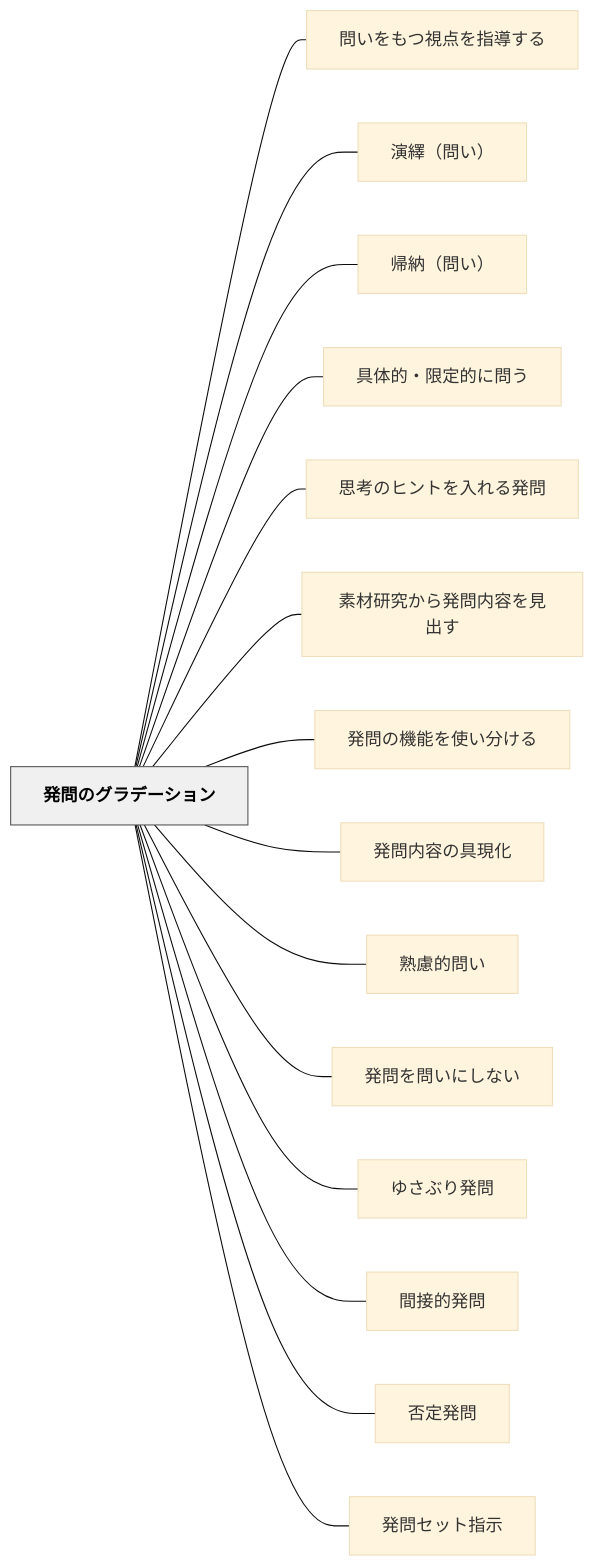
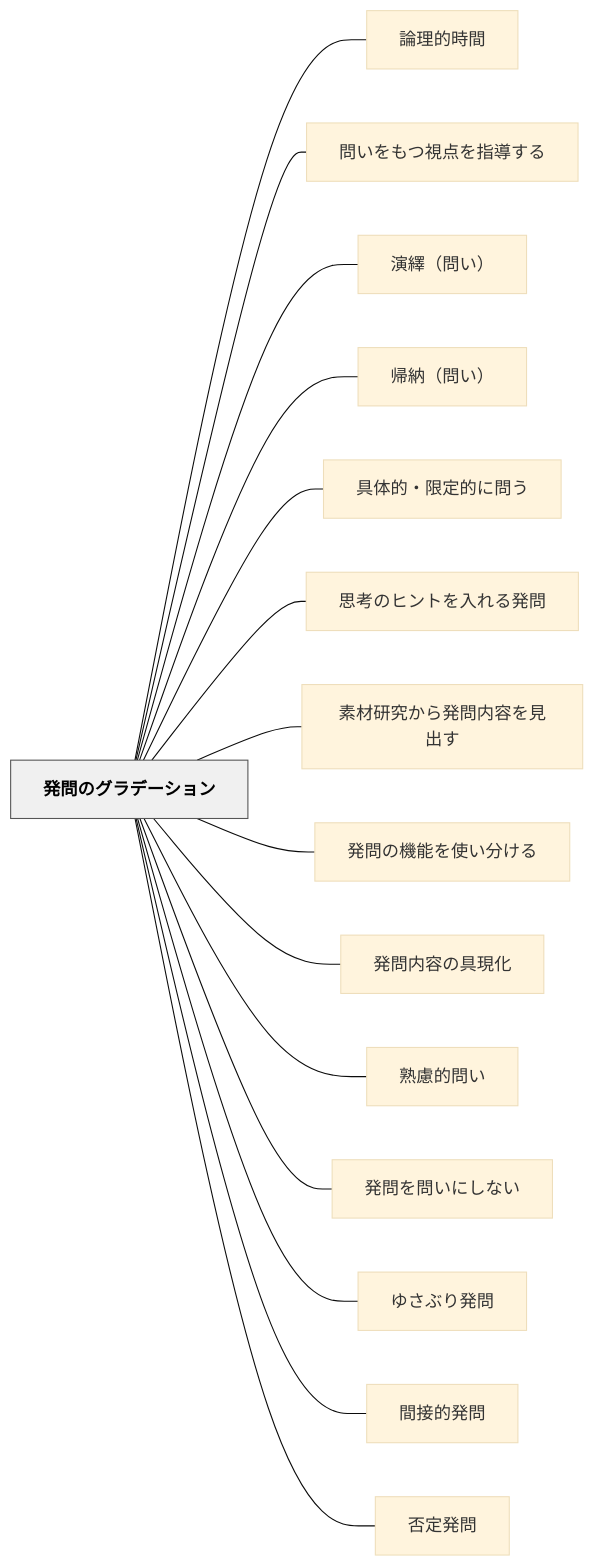
The diagram in content/パタン/発問のグラデーション.md (unknownthings-ed-patterns/unknownthings-ed-patterns), drawn with Mermaid (base theme) before and after one commit. The commit also changed other lines of this file and 185 other files, not shown here.

````diff
--- a/content/パタン/発問のグラデーション.md
+++ b/content/パタン/発問のグラデーション.md
@@ -94,36 +95,36 @@
 ```mermaid
 flowchart LR
     ne799bae5958fe381aee382b0e383a9e38387e383bce382b7e383a7e383b3["発問のグラデーション"]
+    ne8ab96e79086e79a84e69982e99693["論理的時間"]
     ne5958fe38184e38292e38282e381a4e8a696e782b9e38292e68c87e5b08ee38199e3828b["問いをもつ視点を指導する"]
     ne6bc94e7b9b9efbc88e5958fe38184efbc89["演繹（問い）"]
     ne5b8b0e7b48defbc88e5958fe38184efbc89["帰納（問い）"]
     ne585b7e4bd93e79a84e383bbe99990e5ae9ae79a84e381abe5958fe38186["具体的・限定的に問う"]
     ne6809de88083e381aee38392e383b3e38388e38292e585a5e3828ce3828be799bae5958f["思考のヒントを入れる発問"]
     ne7b4a0e69d90e7a094e7a9b6e3818be38289e799bae5958fe58685e5aeb9e38292e8a68be587bae38199["素材研究から発問内容を見出す"]
     ne799bae5958fe381aee6a99fe883bde38292e4bdbfe38184e58886e38191e3828b["発問の機能を使い分ける"]
     ne799bae5958fe58685e5aeb9e381aee585b7e78fbee58c96["発問内容の具現化"]
     ne7869fe685aee79a84e5958fe38184["熟慮的問い"]
     ne799bae5958fe38292e5958fe38184e381abe38197e381aae38184["発問を問いにしない"]
     ne38286e38195e381b6e3828ae799bae5958f["ゆさぶり発問"]
     ne99693e68ea5e79a84e799bae5958f["間接的発問"]
     ne590a6e5ae9ae799bae5958f["否定発問"]
-    ne799bae5958fe382bbe38383e38388e68c87e7a4ba["発問セット指示"]
 
+    ne799bae5958fe381aee382b0e383a9e38387e383bce382b7e383a7e383b3 --- ne8ab96e79086e79a84e69982e99693
     ne799bae5958fe381aee382b0e383a9e38387e383bce382b7e383a7e383b3 --- ne5958fe38184e38292e38282e381a4e8a696e782b9e38292e68c87e5b08ee38199e3828b
     ne799bae5958fe381aee382b0e383a9e38387e383bce382b7e383a7e383b3 --- ne6bc94e7b9b9efbc88e5958fe38184efbc89
     ne799bae5958fe381aee382b0e383a9e38387e383bce382b7e383a7e383b3 --- ne5b8b0e7b48defbc88e5958fe38184efbc89
     ne799bae5958fe381aee382b0e383a9e38387e383bce382b7e383a7e383b3 --- ne585b7e4bd93e79a84e383bbe99990e5ae9ae79a84e381abe5958fe38186
     ne799bae5958fe381aee382b0e383a9e38387e383bce382b7e383a7e383b3 --- ne6809de88083e381aee38392e383b3e38388e38292e585a5e3828ce3828be799bae5958f
     ne799bae5958fe381aee382b0e383a9e38387e383bce382b7e383a7e383b3 --- ne7b4a0e69d90e7a094e7a9b6e3818be38289e799bae5958fe58685e5aeb9e38292e8a68be587bae38199
     ne799bae5958fe381aee382b0e383a9e38387e383bce382b7e383a7e383b3 --- ne799bae5958fe381aee6a99fe883bde38292e4bdbfe38184e58886e38191e3828b
     ne799bae5958fe381aee382b0e383a9e38387e383bce382b7e383a7e383b3 --- ne799bae5958fe58685e5aeb9e381aee585b7e78fbee58c96
     ne799bae5958fe381aee382b0e383a9e38387e383bce382b7e383a7e383b3 --- ne7869fe685aee79a84e5958fe38184
     ne799bae5958fe381aee382b0e383a9e38387e383bce382b7e383a7e383b3 --- ne799bae5958fe38292e5958fe38184e381abe38197e381aae38184
     ne799bae5958fe381aee382b0e383a9e38387e383bce382b7e383a7e383b3 --- ne38286e38195e381b6e3828ae799bae5958f
     ne799bae5958fe381aee382b0e383a9e38387e383bce382b7e383a7e383b3 --- ne99693e68ea5e79a84e799bae5958f
     ne799bae5958fe381aee382b0e383a9e38387e383bce382b7e383a7e383b3 --- ne590a6e5ae9ae799bae5958f
-    ne799bae5958fe381aee382b0e383a9e38387e383bce382b7e383a7e383b3 --- ne799bae5958fe382bbe38383e38388e68c87e7a4ba
 
     classDef hub fill:#f0f0f0,stroke:#555,color:#000,font-weight:bold
     class ne799bae5958fe381aee382b0e383a9e38387e383bce382b7e383a7e383b3 hub
 ```
````
